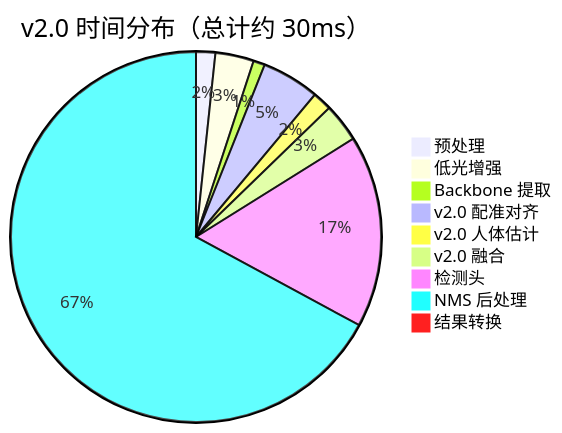
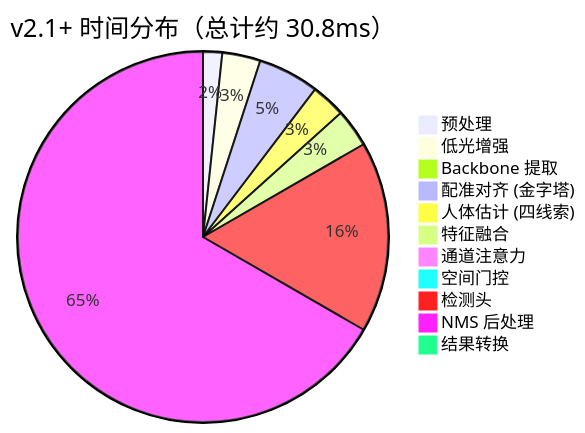
Before and after one commit to moonway0127/yolo_low_light_enhance: the fifth of 5 diagrams in README.md, drawn with Mermaid. The commit also changed other lines of this file and 25 other files, not shown here.

````diff
--- a/README.md
+++ b/README.md
@@ -417,12 +276,14 @@
 ```mermaid
-pie title v2.0 时间分布（总计约 30ms）
+pie title v2.1+ 时间分布（总计约 30.8ms）
     "预处理" : 0.5
     "低光增强" : 1.0
     "Backbone 提取" : 0.3
-    "v2.0 配准对齐" : 1.5
-    "v2.0 人体估计" : 0.5
-    "v2.0 融合" : 1.0
+    "配准对齐 (金字塔)" : 1.6
+    "人体估计 (四线索)" : 0.9
+    "特征融合" : 1.0
+    "通道注意力" : 0.16
+    "空间门控" : 0.10
     "检测头" : 5.0
     "NMS 后处理" : 20.0
     "结果转换" : 0.2
 ```
````
